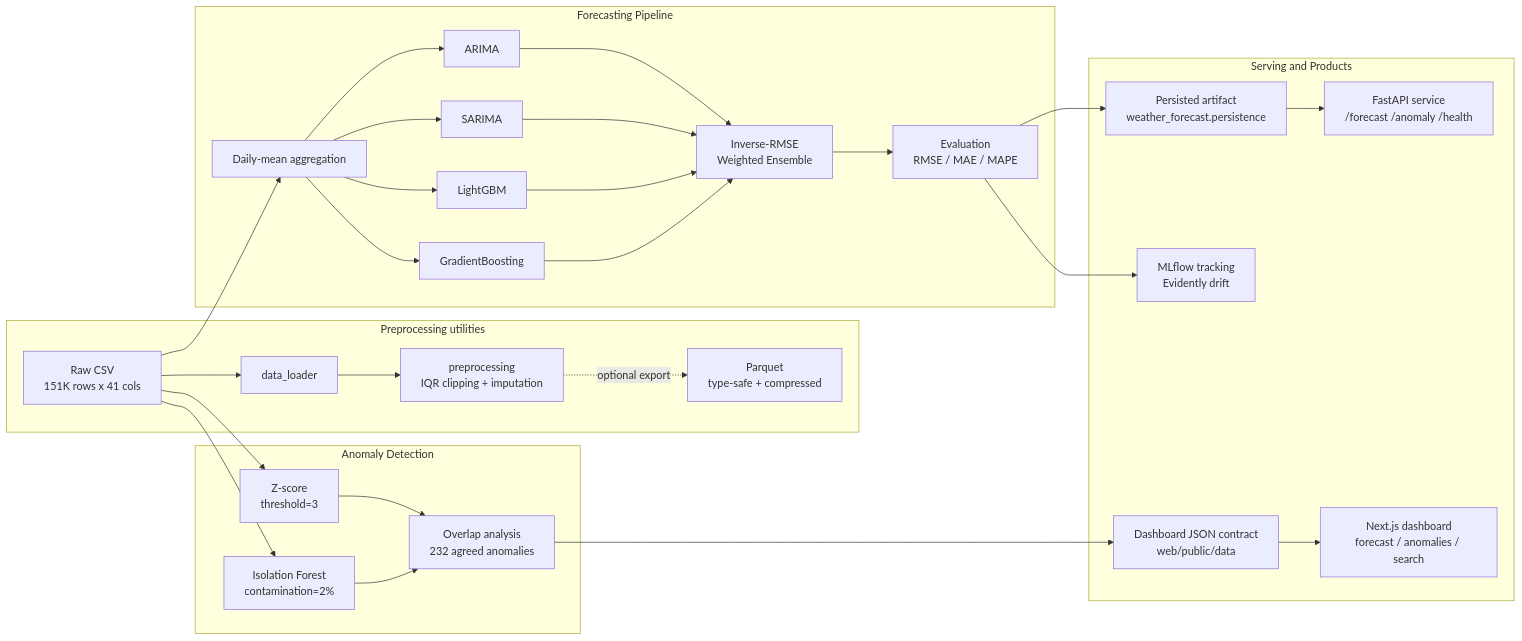
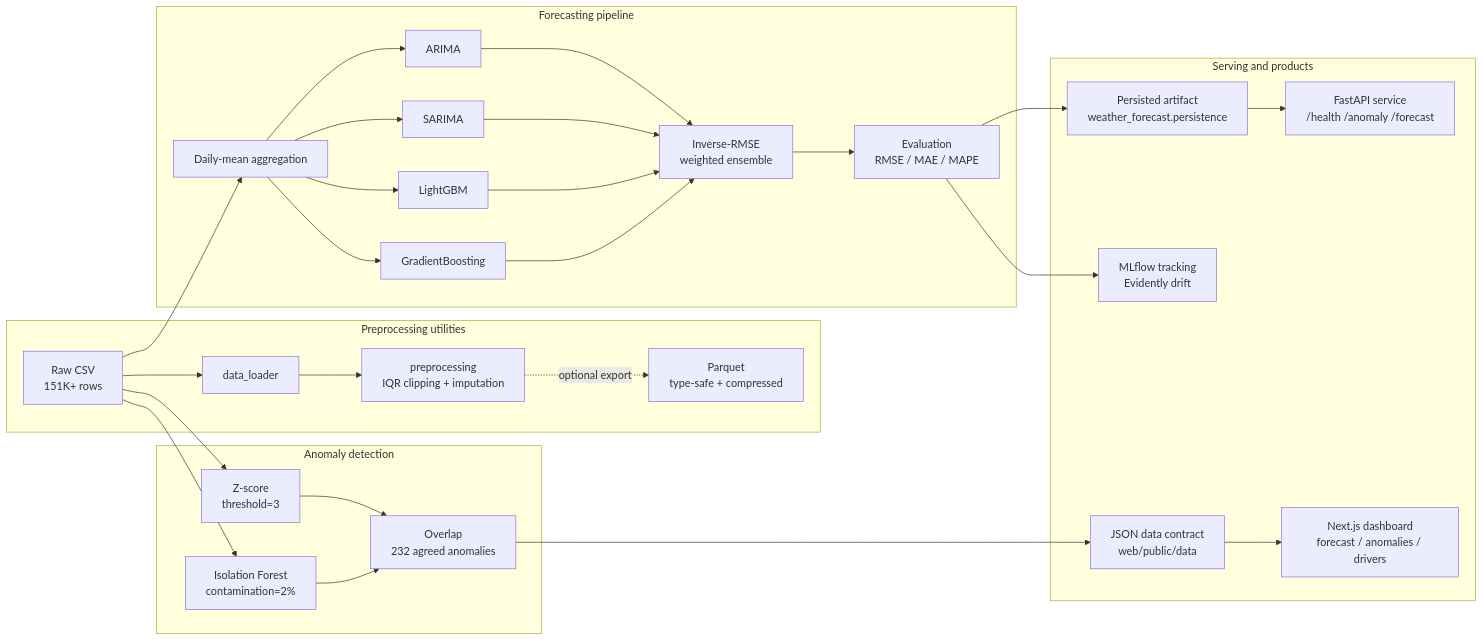
The diagram in README.md (LukeSantossz/weather-forecast), drawn with Mermaid before and after one commit. The commit also changed other lines of this file, not shown here.

````diff
--- a/README.md
+++ b/README.md
@@ -42,34 +68,34 @@
 ```mermaid
 flowchart LR
-    A[Raw CSV\n151K rows x 41 cols]
+    A[Raw CSV<br/>151K+ rows]
 
     subgraph Preprocessing utilities
         A --> B[data_loader]
-        B --> C[preprocessing\nIQR clipping + imputation]
-        C -. optional export .-> D[Parquet\ntype-safe + compressed]
+        B --> C[preprocessing<br/>IQR clipping + imputation]
+        C -. optional export .-> D[Parquet<br/>type-safe + compressed]
     end
 
-    subgraph Forecasting Pipeline
+    subgraph Forecasting pipeline
         A --> E[Daily-mean aggregation]
         E --> F[ARIMA]
         E --> G[SARIMA]
         E --> H[LightGBM]
         E --> I[GradientBoosting]
-        F & G & H & I --> J[Inverse-RMSE\nWeighted Ensemble]
-        J --> K[Evaluation\nRMSE / MAE / MAPE]
+        F & G & H & I --> J[Inverse-RMSE<br/>weighted ensemble]
+        J --> K[Evaluation<br/>RMSE / MAE / MAPE]
     end
 
-    subgraph Anomaly Detection
-        A --> L[Z-score\nthreshold=3]
-        A --> M[Isolation Forest\ncontamination=2%]
-        L & M --> N[Overlap analysis\n232 agreed anomalies]
+    subgraph Anomaly detection
+        A --> L[Z-score<br/>threshold=3]
+        A --> M[Isolation Forest<br/>contamination=2%]
+        L & M --> N[Overlap<br/>232 agreed anomalies]
     end
 
-    subgraph Serving and Products
-        K --> P[Persisted artifact\nweather_forecast.persistence]
-        P --> Q[FastAPI service\n/forecast /anomaly /health]
-        K --> R[MLflow tracking\nEvidently drift]
-        N --> S[Dashboard JSON contract\nweb/public/data]
-        S --> T[Next.js dashboard\nforecast / anomalies / search]
+    subgraph Serving and products
+        K --> P[Persisted artifact<br/>weather_forecast.persistence]
+        P --> Q[FastAPI service<br/>/health /anomaly /forecast]
+        K --> R[MLflow tracking<br/>Evidently drift]
+        N --> S[JSON data contract<br/>web/public/data]
+        S --> T[Next.js dashboard<br/>forecast / anomalies / drivers]
     end
 ```
````
